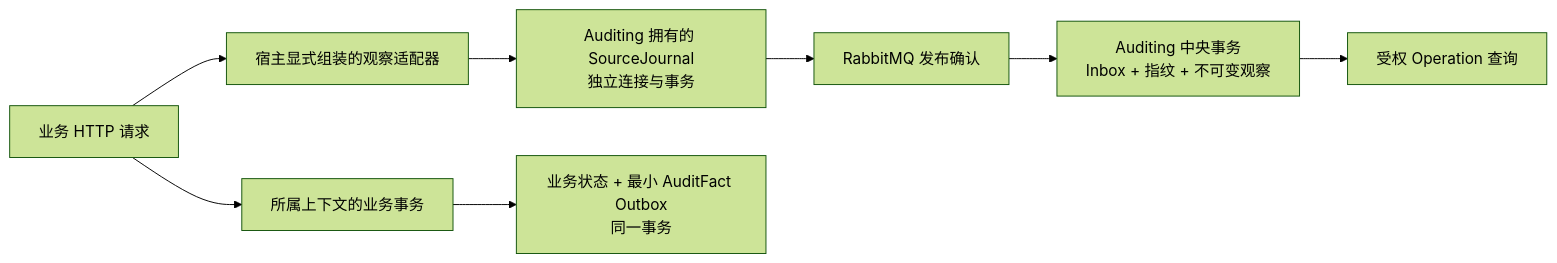
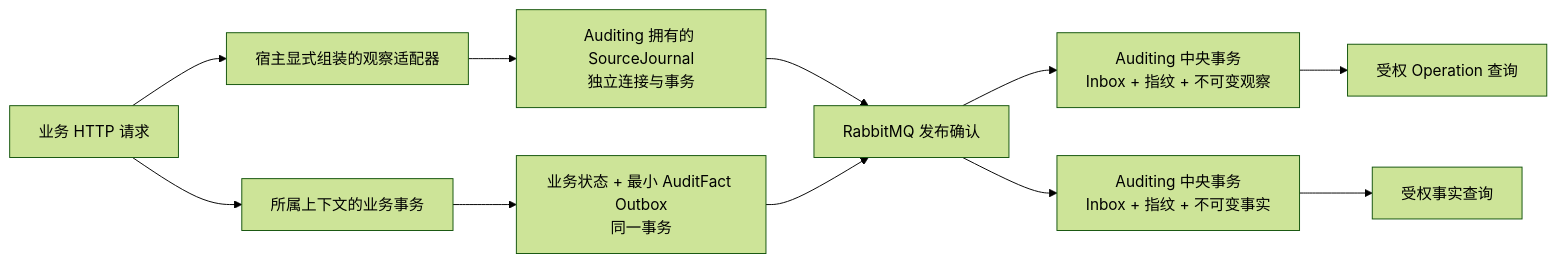
The diagram in docs/operation-logging.md (yongpengW/NexusStackNext), drawn with Mermaid (forest theme) before and after one commit. The commit also changed other lines of this file and 274 other files, not shown here.

````diff
--- a/docs/operation-logging.md
+++ b/docs/operation-logging.md
@@ -17,10 +17,13 @@
 ```mermaid
 flowchart LR
     HTTP[业务 HTTP 请求] --> Capture[宿主显式组装的观察适配器]
     HTTP --> Business[所属上下文的业务事务]
     Capture --> Journal["Auditing 拥有的 SourceJournal<br/>独立连接与事务"]
     Journal --> Broker[RabbitMQ 发布确认]
     Broker --> Central["Auditing 中央事务<br/>Inbox + 指纹 + 不可变观察"]
     Central --> Query[受权 Operation 查询]
     Business --> Facts["业务状态 + 最小 AuditFact Outbox<br/>同一事务"]
+    Facts --> Broker
+    Broker --> FactStore["Auditing 中央事务<br/>Inbox + 指纹 + 不可变事实"]
+    FactStore --> FactQuery[受权事实查询]
 ```
````
